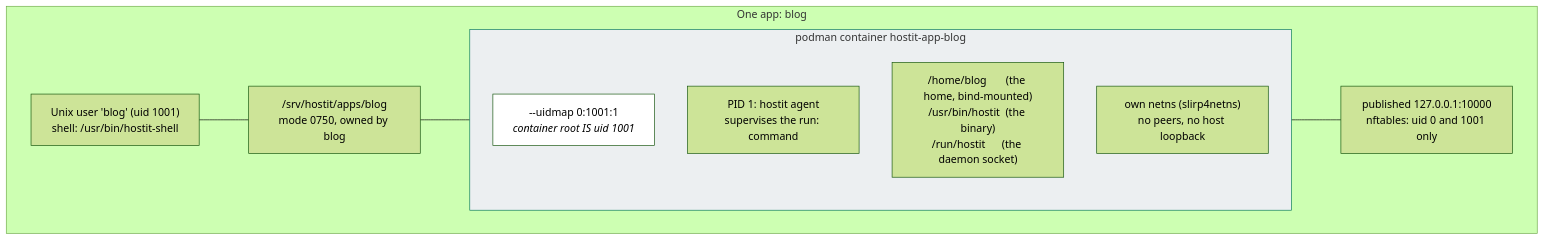
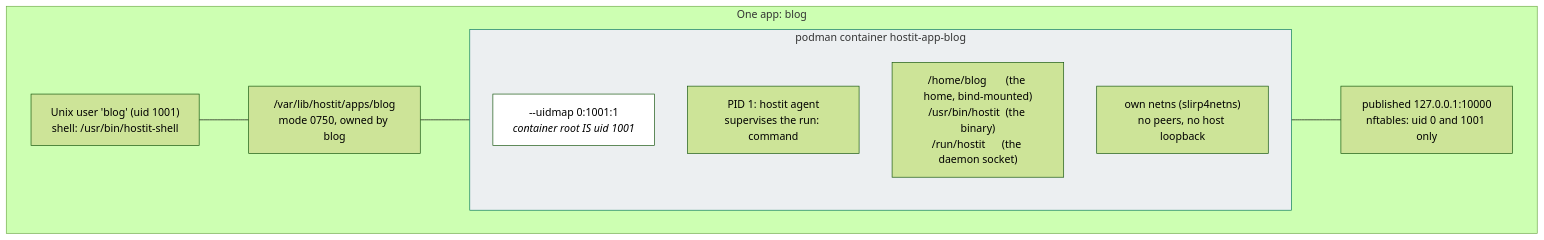
Before and after one commit to binwiederhier/hostit: the second of 7 diagrams in ARCHITECTURE.md, drawn with Mermaid (forest theme). The commit also changed 11 other files, not shown here.

First line of the commit message:
Apps live under /var/lib/hostit, and their homes are their own

````diff
--- a/ARCHITECTURE.md
+++ b/ARCHITECTURE.md
@@ -58,24 +58,24 @@
 ```mermaid
 flowchart TB
     subgraph one["One app: blog"]
         user["Unix user 'blog' (uid 1001)<br/>shell: /usr/bin/hostit-shell"]
-        home["/srv/hostit/apps/blog<br/>mode 0750, owned by blog"]
+        home["/var/lib/hostit/apps/blog<br/>mode 0750, owned by blog"]
 
         subgraph container["podman container hostit-app-blog"]
             direction TB
             idmap["--uidmap 0:1001:1<br/><i>container root IS uid 1001</i>"]
             pid1["PID 1: hostit agent<br/>supervises the run: command"]
             mounts["/home/blog       (the home, bind-mounted)<br/>/usr/bin/hostit  (the binary)<br/>/run/hostit      (the daemon socket)"]
             net["own netns (slirp4netns)<br/>no peers, no host loopback"]
         end
 
         port["published 127.0.0.1:10000<br/>nftables: uid 0 and 1001 only"]
     end
 
     user --- home
     home --- container
     container --- port
 
     style container fill:#eceff1,stroke:#047857
     style idmap fill:#fff
 ```
````
